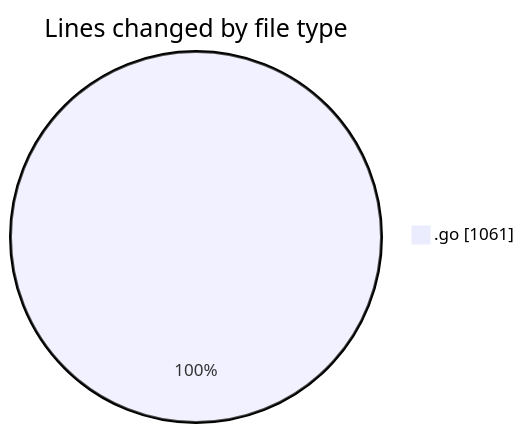
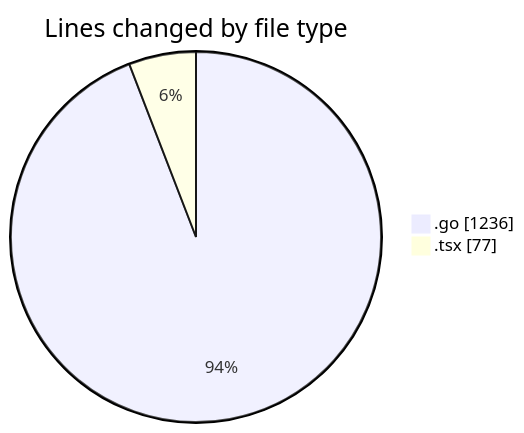
The first of 2 diagrams in 2025-03-10/termonied_testador/README.md (robertbonfada/code-tracking), drawn with Mermaid before and after one commit. The commit also changed other lines of this file and 1 other file, not shown here.

````diff
--- a/2025-03-10/termonied_testador/README.md
+++ b/2025-03-10/termonied_testador/README.md
@@ -21,5 +23,6 @@
 ```mermaid
 pie showData
 title Lines changed by file type
-".go" : 1061
+".go" : 1236
+".tsx" : 77
 ```
````
